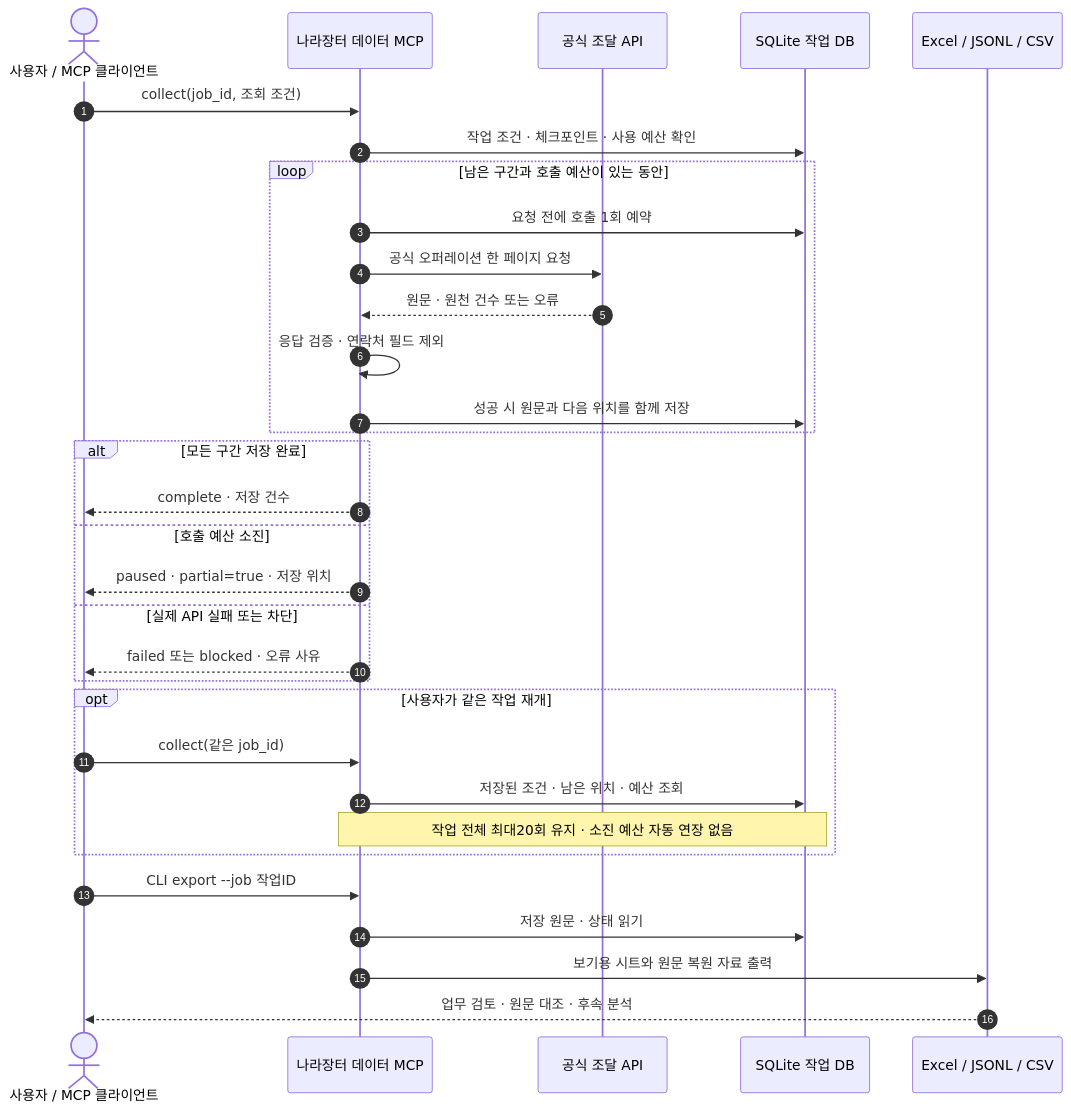
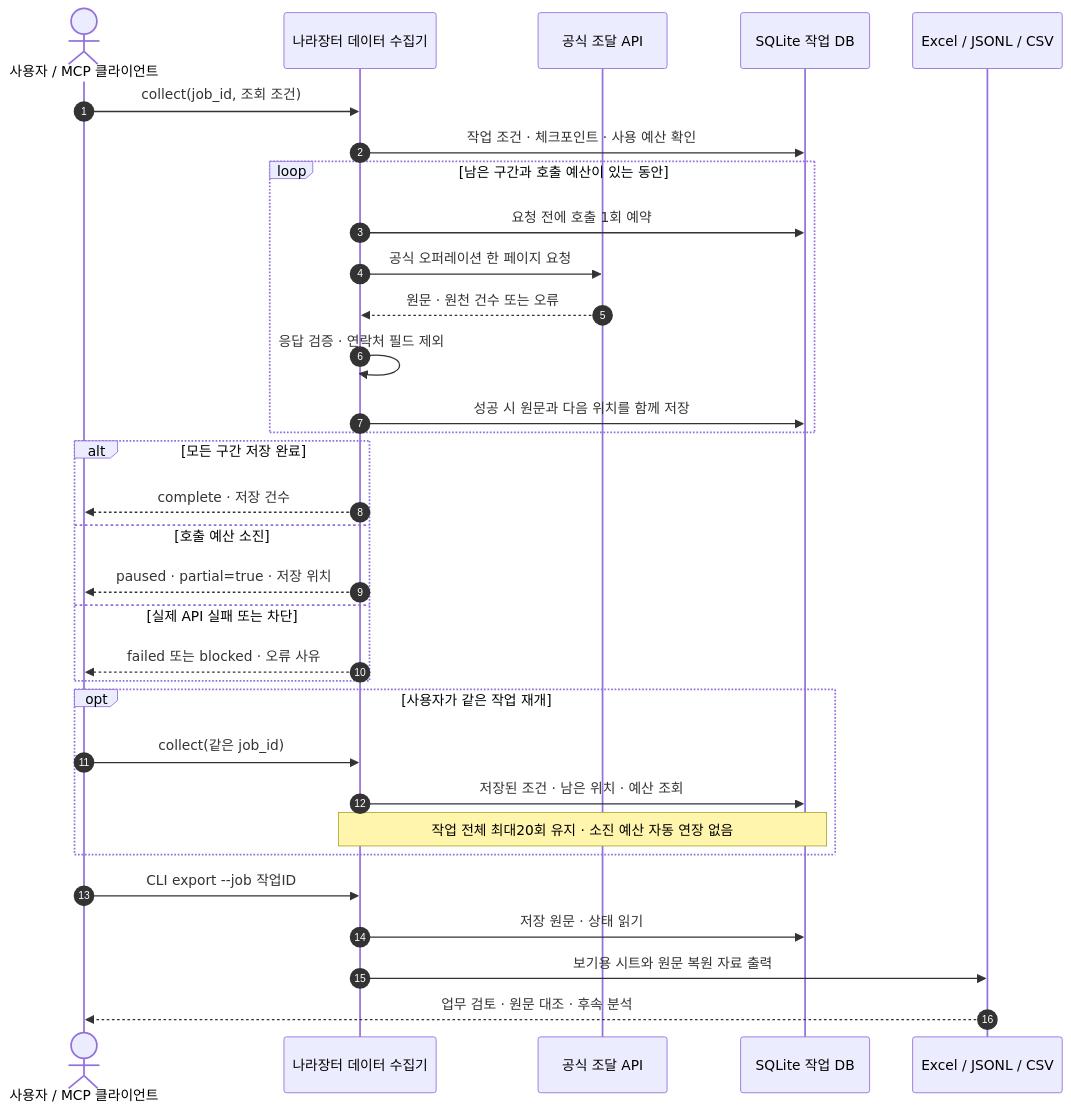
One commit to solid-hwan/nara-data-collector changed the second of 2 diagrams in docs/diagrams.md. Above: the diagram before and after it, drawn with Mermaid. The commit also changed other lines of this file and 14 other files, not shown here.

Commit message:
docs: 나라장터 데이터 수집기로 제품명과 저장소 이름 변경

````diff
--- a/docs/diagrams.md
+++ b/docs/diagrams.md
@@ -26,34 +26,34 @@
 ```mermaid
 sequenceDiagram
     autonumber
     actor U as 사용자 / MCP 클라이언트
-    participant T as 나라장터 데이터 MCP
+    participant T as 나라장터 데이터 수집기
     participant A as 공식 조달 API
     participant D as SQLite 작업 DB
     participant F as Excel / JSONL / CSV
     U->>T: collect(job_id, 조회 조건)
     T->>D: 작업 조건 · 체크포인트 · 사용 예산 확인
     loop 남은 구간과 호출 예산이 있는 동안
         T->>D: 요청 전에 호출 1회 예약
         T->>A: 공식 오퍼레이션 한 페이지 요청
         A-->>T: 원문 · 원천 건수 또는 오류
         T->>T: 응답 검증 · 연락처 필드 제외
         T->>D: 성공 시 원문과 다음 위치를 함께 저장
     end
     alt 모든 구간 저장 완료
         T-->>U: complete · 저장 건수
     else 호출 예산 소진
         T-->>U: paused · partial=true · 저장 위치
     else 실제 API 실패 또는 차단
         T-->>U: failed 또는 blocked · 오류 사유
     end
     opt 사용자가 같은 작업 재개
         U->>T: collect(같은 job_id)
         T->>D: 저장된 조건 · 남은 위치 · 예산 조회
         Note over T,D: 작업 전체 최대20회 유지 · 소진 예산 자동 연장 없음
     end
     U->>T: CLI export --job 작업ID
     T->>D: 저장 원문 · 상태 읽기
     T->>F: 보기용 시트와 원문 복원 자료 출력
     F-->>U: 업무 검토 · 원문 대조 · 후속 분석
 ```
````
